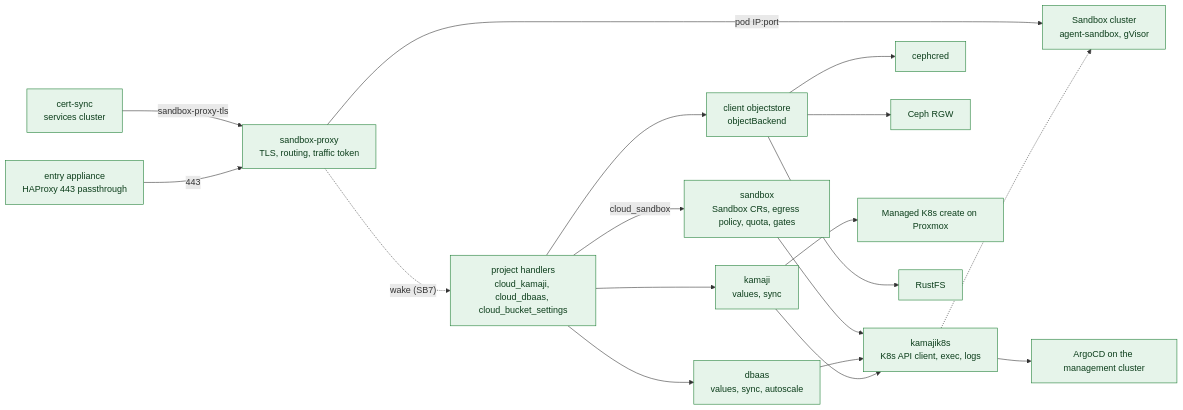
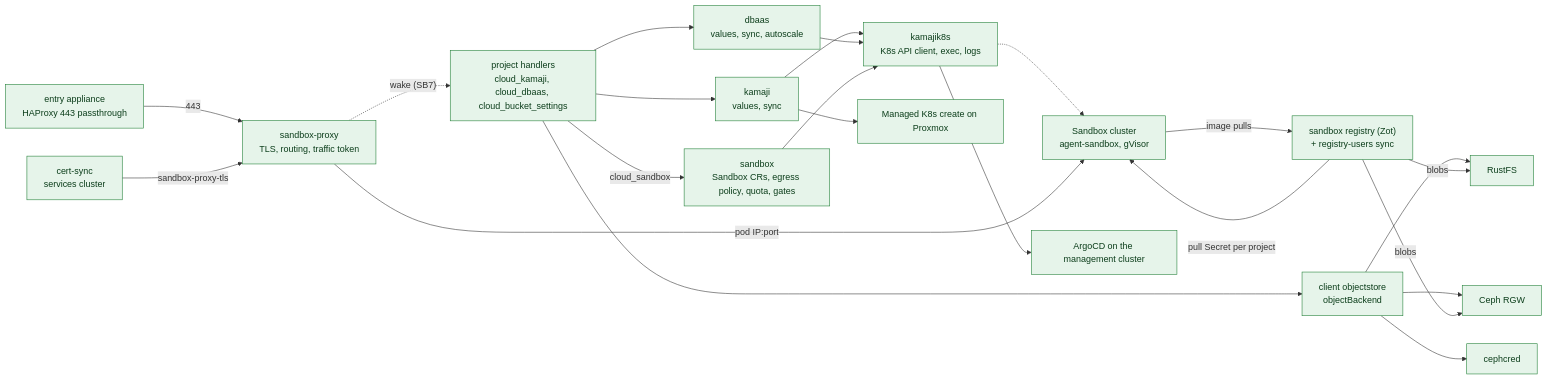
The fifth of 5 diagrams in docs/architecture/c4/c3-components.md (mutex-solutions/proxcloud), drawn with Mermaid before and after one commit. The commit also changed other lines of this file and 59 other files, not shown here.

First line of the commit message:
feat(sandbox): sandbox registry with a pull account per project (SB6a)

````diff
--- a/docs/architecture/c4/c3-components.md
+++ b/docs/architecture/c4/c3-components.md
@@ -281,39 +281,44 @@
 ```mermaid
 flowchart LR
   classDef impl fill:#e6f4ea,stroke:#1e7e34,color:#0b3d1a
   classDef planned fill:#f2f2f2,stroke:#8a8a8a,stroke-dasharray:5 5,color:#555555
 
   ph["project handlers<br/>cloud_kamaji, cloud_dbaas, cloud_bucket_settings"]:::impl
   kam["kamaji<br/>values, sync"]:::impl
   dba["dbaas<br/>values, sync, autoscale"]:::impl
   k8s["kamajik8s<br/>K8s API client, exec, logs"]:::impl
   sbx["sandbox<br/>Sandbox CRs, egress policy, quota, gates"]:::impl
   sbxc["Sandbox cluster<br/>agent-sandbox, gVisor"]:::impl
   sbxp["sandbox-proxy<br/>TLS, routing, traffic token"]:::impl
   sbxe["entry appliance<br/>HAProxy 443 passthrough"]:::impl
   csync["cert-sync<br/>services cluster"]:::impl
+  zot["sandbox registry (Zot)<br/>+ registry-users sync"]:::impl
   obj["client objectstore<br/>objectBackend"]:::impl
   ccred["cephcred"]:::impl
   argo["ArgoCD on the management cluster"]:::impl
   rgw["Ceph RGW"]:::impl
   pvek8s["Managed K8s create on Proxmox"]:::impl
   rustfs["RustFS"]:::impl
 
   ph --> kam
   ph --> dba
   ph --> obj
   kam --> k8s
   dba --> k8s
   k8s --> argo
   obj --> ccred
   obj --> rgw
   kam --> pvek8s
   obj --> rustfs
   ph -->|cloud_sandbox| sbx
   sbx --> k8s
   k8s -.-> sbxc
   sbxe -->|443| sbxp
   sbxp -->|"pod IP:port"| sbxc
   csync -->|"sandbox-proxy-tls"| sbxp
   sbxp -.->|"wake (SB7)"| ph
+  zot -->|"pull Secret per project"| sbxc
+  sbxc -->|"image pulls"| zot
+  zot -->|"blobs"| rustfs
+  zot -->|"blobs"| rgw
 ```
````
